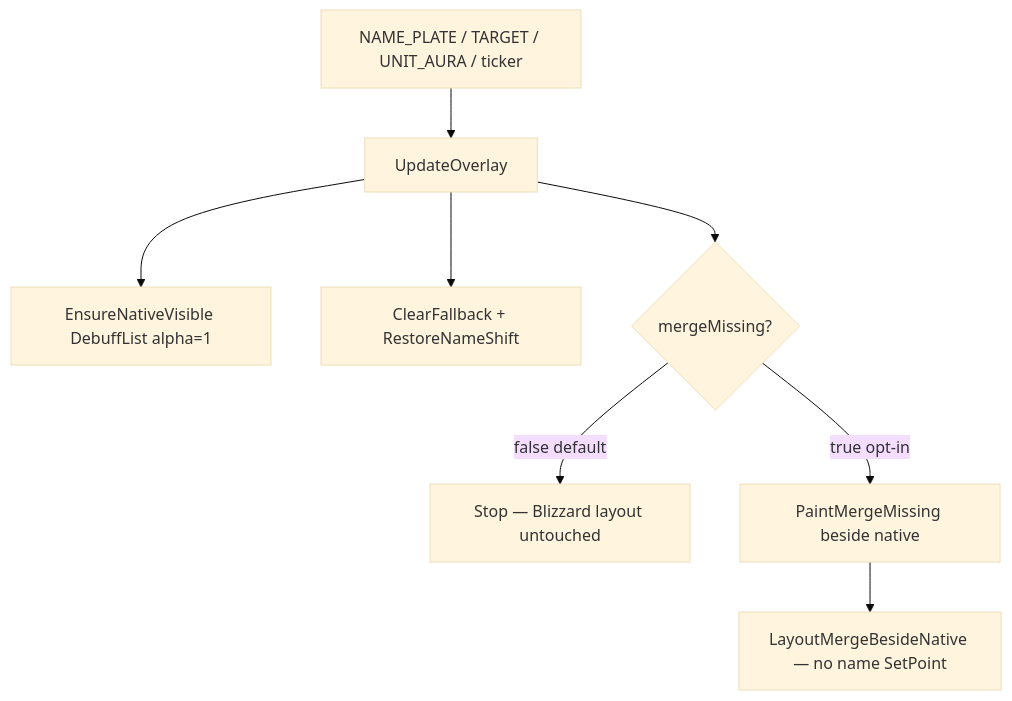
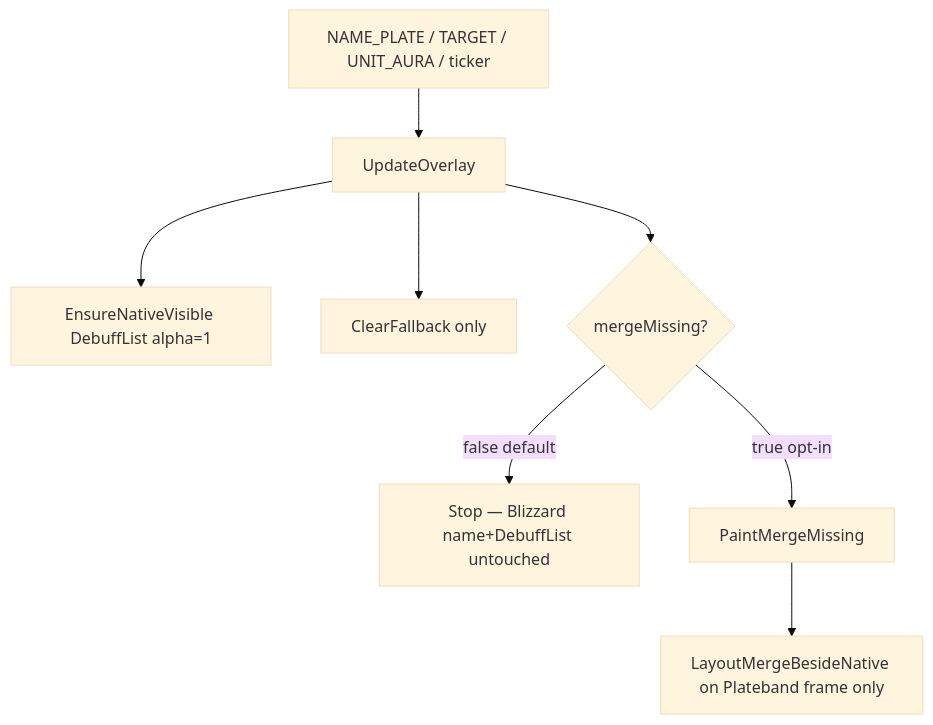
Before and after one commit to sirTurbisCZ/wow-forever-addons: the diagram in addons/Plateband/Docs/loops.md, drawn with Mermaid (base theme). The commit also changed other lines of this file and 5 other files, not shown here.

First line of the commit message:
Plateband 0.1.13: safe merge design, zero name ClearAllPoints

````diff
--- a/addons/Plateband/Docs/loops.md
+++ b/addons/Plateband/Docs/loops.md
@@ -7,10 +9,10 @@
 ```mermaid
 flowchart TD
   ev[NAME_PLATE / TARGET / UNIT_AURA / ticker] --> upd[UpdateOverlay]
   upd --> native[EnsureNativeVisible DebuffList alpha=1]
-  upd --> clear[ClearFallback + RestoreNameShift]
+  upd --> clear[ClearFallback only]
   upd --> mergeFlag{mergeMissing?}
-  mergeFlag -->|false default| stop[Stop — Blizzard layout untouched]
-  mergeFlag -->|true opt-in| paint[PaintMergeMissing beside native]
-  paint --> anchor[LayoutMergeBesideNative — no name SetPoint]
+  mergeFlag -->|false default| stop[Stop — Blizzard name+DebuffList untouched]
+  mergeFlag -->|true opt-in| paint[PaintMergeMissing]
+  paint --> layout[LayoutMergeBesideNative on Plateband frame only]
 ```
````
